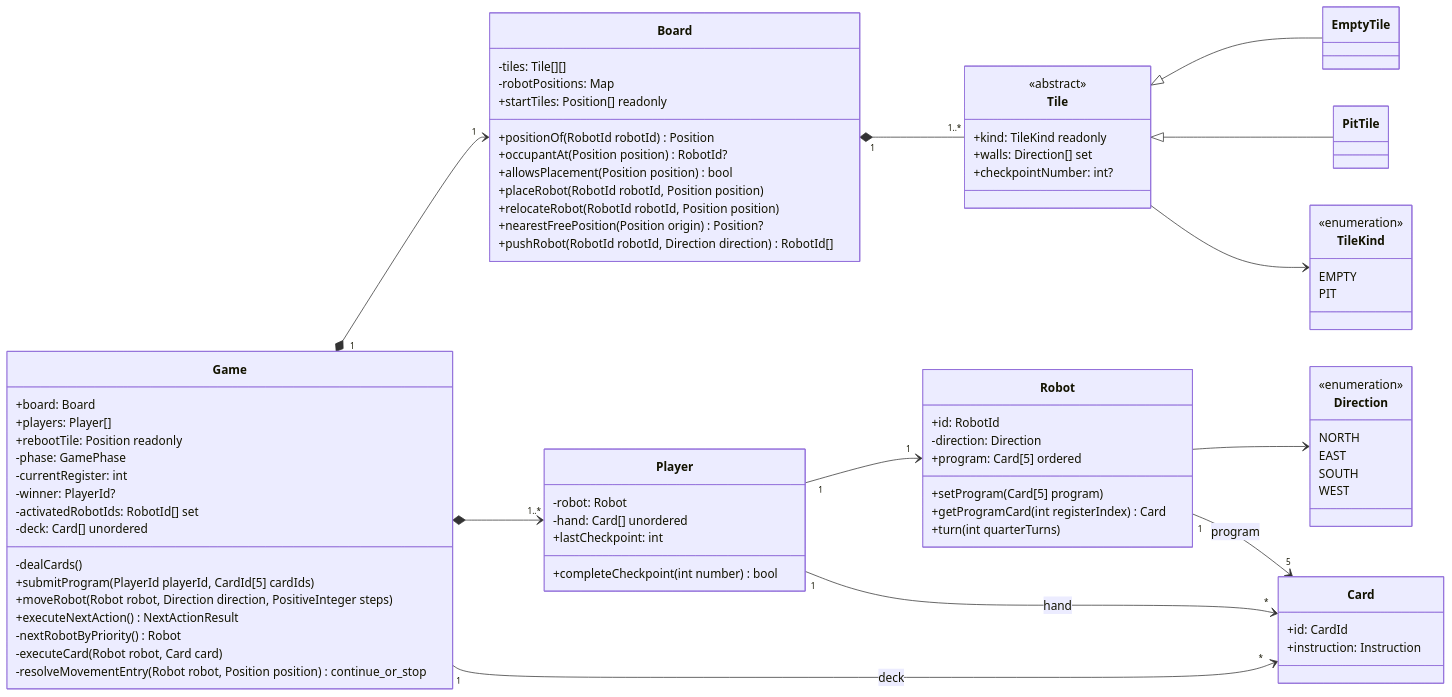
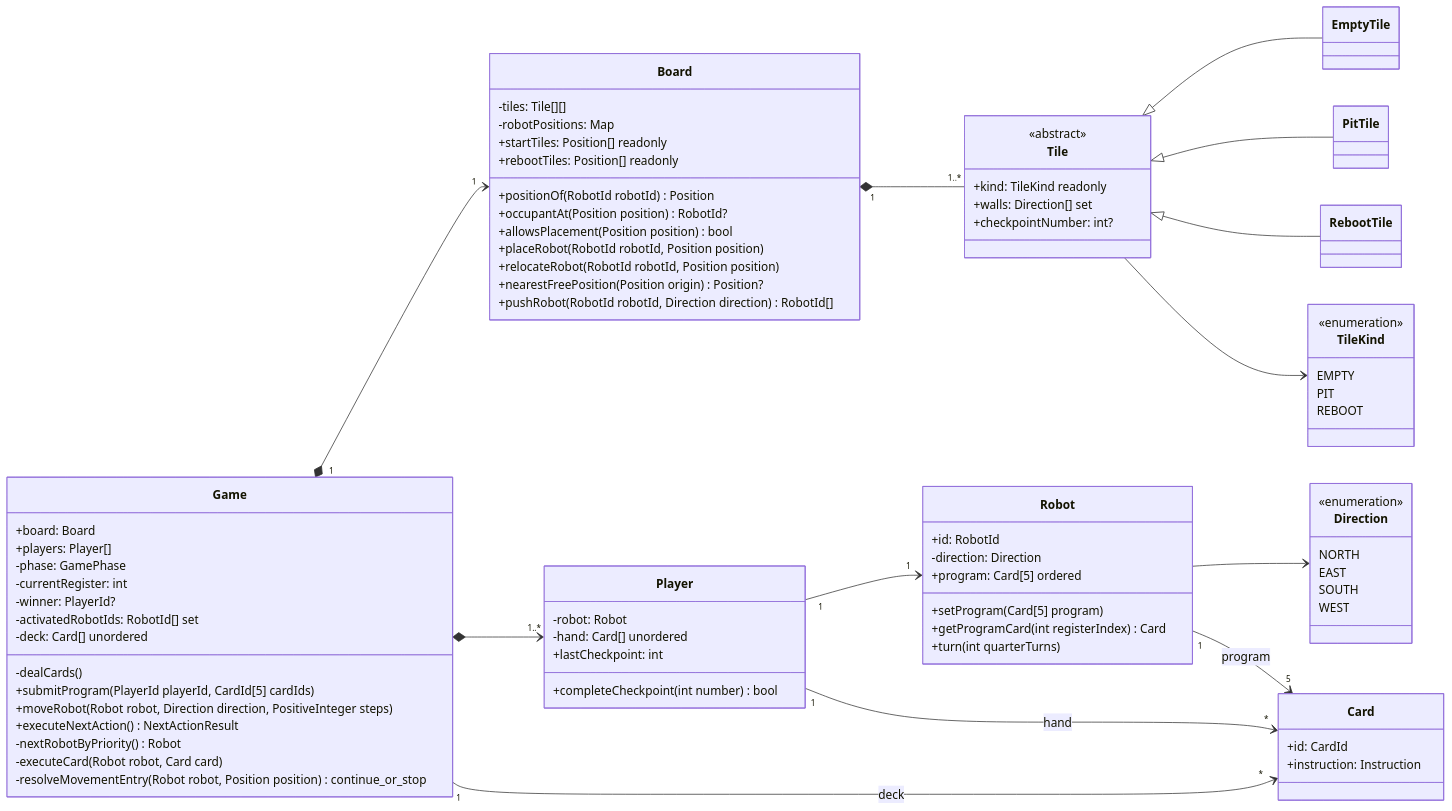
Before and after one commit to hananinas/RoboRally: the diagram in docs/game_model_UML.md, drawn with Mermaid. The commit also changed other lines of this file and 46 other files, not shown here.

```diff
--- a/docs/game_model_UML.md
+++ b/docs/game_model_UML.md
@@ -8,7 +8,6 @@
         class Game {
         +board: Board
         +players: Player[]
-        +rebootTile: Position readonly
         -phase: GamePhase
         -currentRegister: int
         -winner: PlayerId?
@@ -27,6 +26,7 @@
         -tiles: Tile[][]
         -robotPositions: Map
         +startTiles: Position[] readonly
+        +rebootTiles: Position[] readonly
         +positionOf(RobotId robotId) Position
         +occupantAt(Position position) RobotId?
         +allowsPlacement(Position position) bool
@@ -45,11 +45,13 @@
 
         class EmptyTile
         class PitTile
+        class RebootTile
 
         class TileKind {
             <<enumeration>>
             EMPTY
             PIT
+            REBOOT
         }
 
         class Player {
@@ -88,6 +90,7 @@
         Robot --> Direction
         Tile <|-- EmptyTile
         Tile <|-- PitTile
+        Tile <|-- RebootTile
         Tile --> TileKind
 
         Player "1" --> "1" Robot
```
